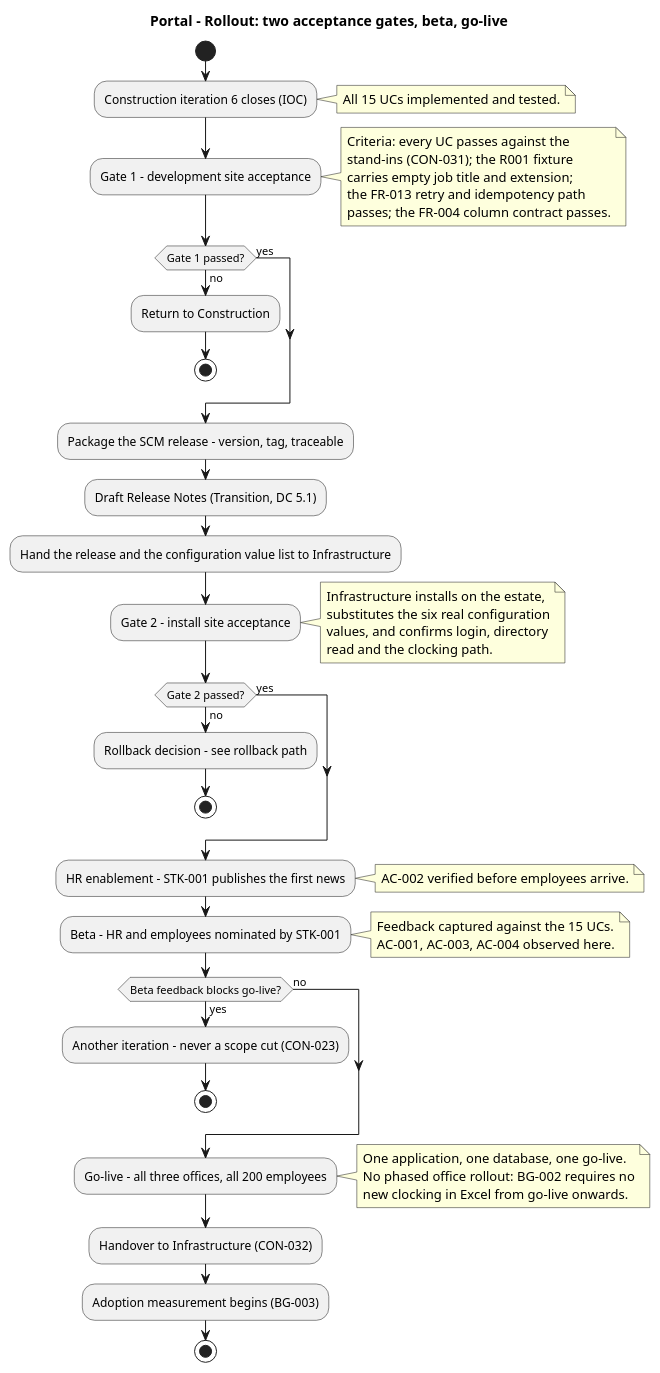
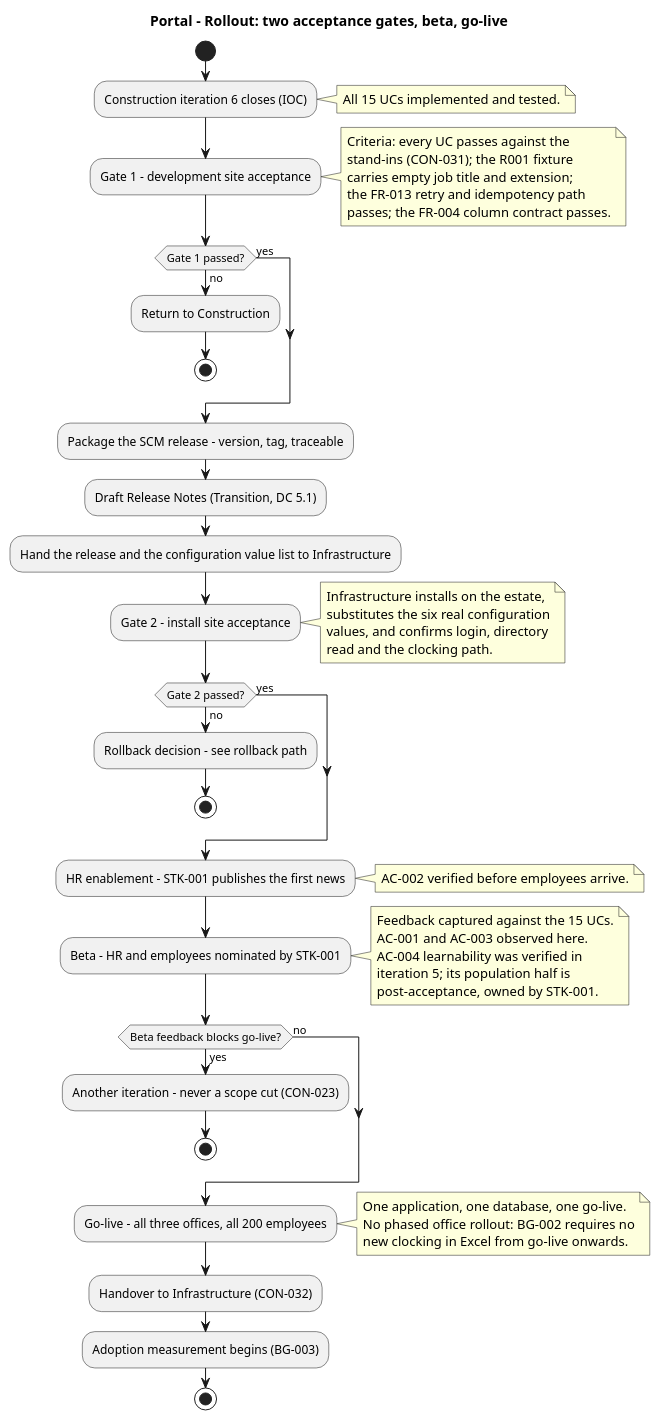
Before and after one commit to banense-test/portal: the third of 4 diagrams in docs/DEPLOYMENT_STRATEGY.md, drawn with PlantUML. The commit also changed other lines of this file, not shown here.

````diff
--- a/docs/DEPLOYMENT_STRATEGY.md
+++ b/docs/DEPLOYMENT_STRATEGY.md
@@ -189,68 +241,71 @@
 ```plantuml
 @startuml
 title Portal - Rollout: two acceptance gates, beta, go-live
 
 start
 :Construction iteration 6 closes (IOC);
 note right: All 15 UCs implemented and tested.
 
 :Gate 1 - development site acceptance;
 note right
   Criteria: every UC passes against the
   stand-ins (CON-031); the R001 fixture
   carries empty job title and extension;
   the FR-013 retry and idempotency path
   passes; the FR-004 column contract passes.
 end note
 
 if (Gate 1 passed?) then (no)
   :Return to Construction;
   stop
 else (yes)
 endif
 
 :Package the SCM release - version, tag, traceable;
 :Draft Release Notes (Transition, DC 5.1);
 :Hand the release and the configuration value list to Infrastructure;
 
 :Gate 2 - install site acceptance;
 note right
   Infrastructure installs on the estate,
   substitutes the six real configuration
   values, and confirms login, directory
   read and the clocking path.
 end note
 
 if (Gate 2 passed?) then (no)
   :Rollback decision - see rollback path;
   stop
 else (yes)
 endif
 
 :HR enablement - STK-001 publishes the first news;
 note right: AC-002 verified before employees arrive.
 
 :Beta - HR and employees nominated by STK-001;
 note right
   Feedback captured against the 15 UCs.
-  AC-001, AC-003, AC-004 observed here.
+  AC-001 and AC-003 observed here.
+  AC-004 learnability was verified in
+  iteration 5; its population half is
+  post-acceptance, owned by STK-001.
 end note
 
 if (Beta feedback blocks go-live?) then (yes)
   :Another iteration - never a scope cut (CON-023);
   stop
 else (no)
 endif
 
 :Go-live - all three offices, all 200 employees;
 note right
   One application, one database, one go-live.
   No phased office rollout: BG-002 requires no
   new clocking in Excel from go-live onwards.
 end note
 
 :Handover to Infrastructure (CON-032);
 :Adoption measurement begins (BG-003);
 stop
 @enduml
 ```
````
